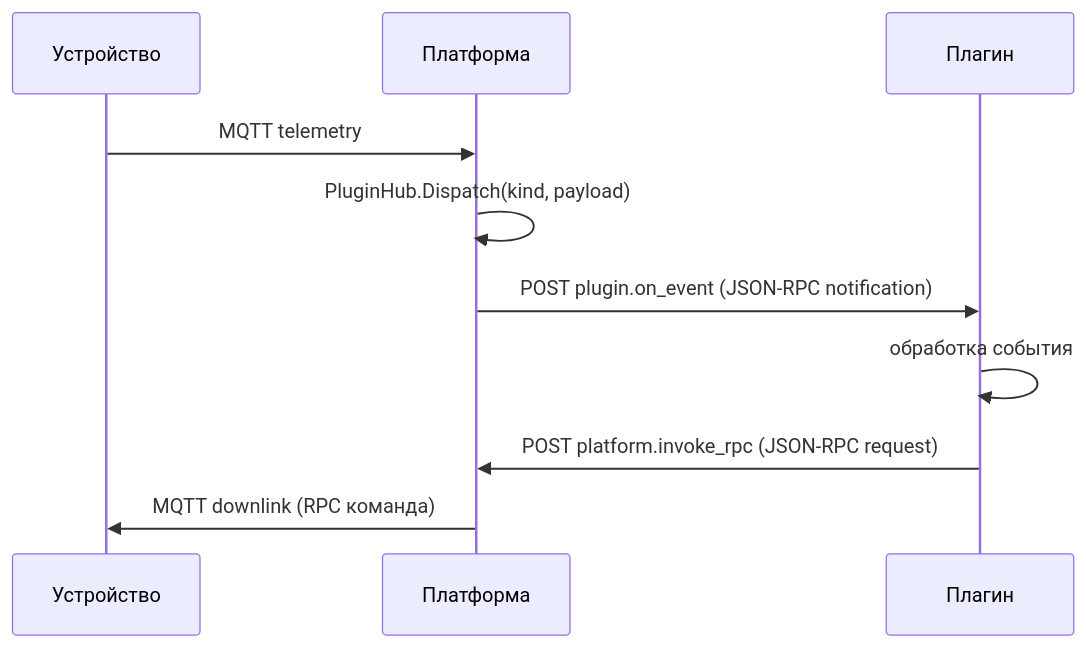
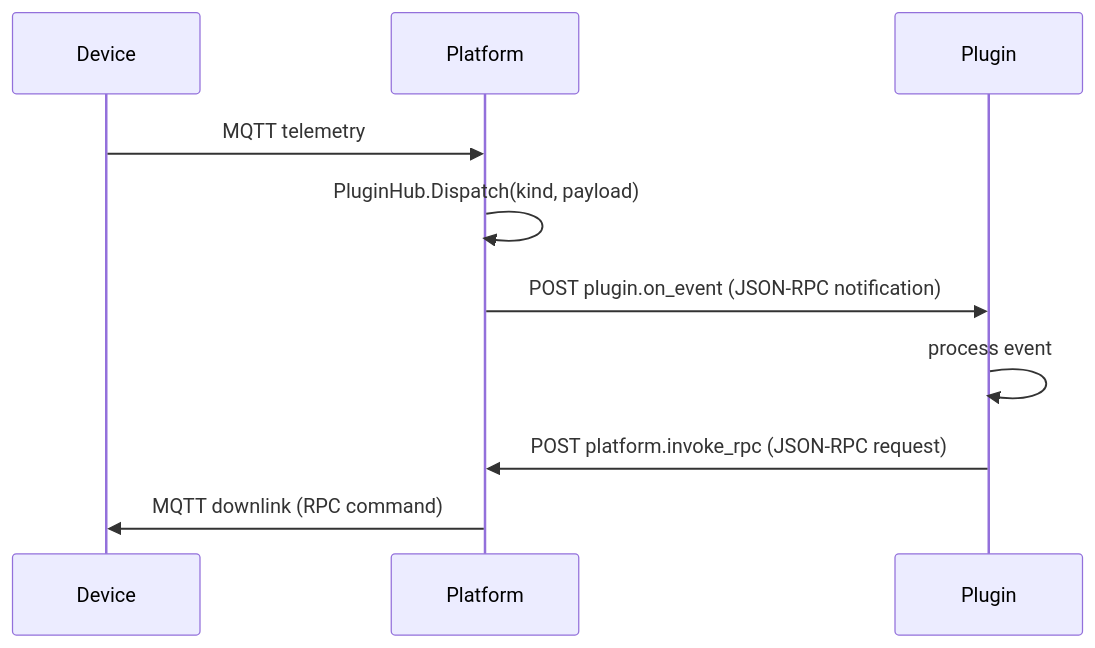
One commit to darvik80/iot-platform-go changed the third of 9 diagrams in docs/en/14-diagrams.md. Above: the diagram before and after it, drawn with Mermaid. The commit also changed other lines of this file and 27 other files, not shown here.

````diff
--- a/docs/en/14-diagrams.md
+++ b/docs/en/14-diagrams.md
@@ -153,13 +159,13 @@
 ```mermaid
 sequenceDiagram
-    participant D as Устройство
-    participant P as Платформа
-    participant Pl as Плагин
+    participant D as Device
+    participant P as Platform
+    participant Pl as Plugin
 
     D->>P: MQTT telemetry
     P->>P: PluginHub.Dispatch(kind, payload)
     P->>Pl: POST plugin.on_event (JSON-RPC notification)
-    Pl->>Pl: обработка события
+    Pl->>Pl: process event
     Pl->>P: POST platform.invoke_rpc (JSON-RPC request)
-    P->>D: MQTT downlink (RPC команда)
+    P->>D: MQTT downlink (RPC command)
 ```
````
